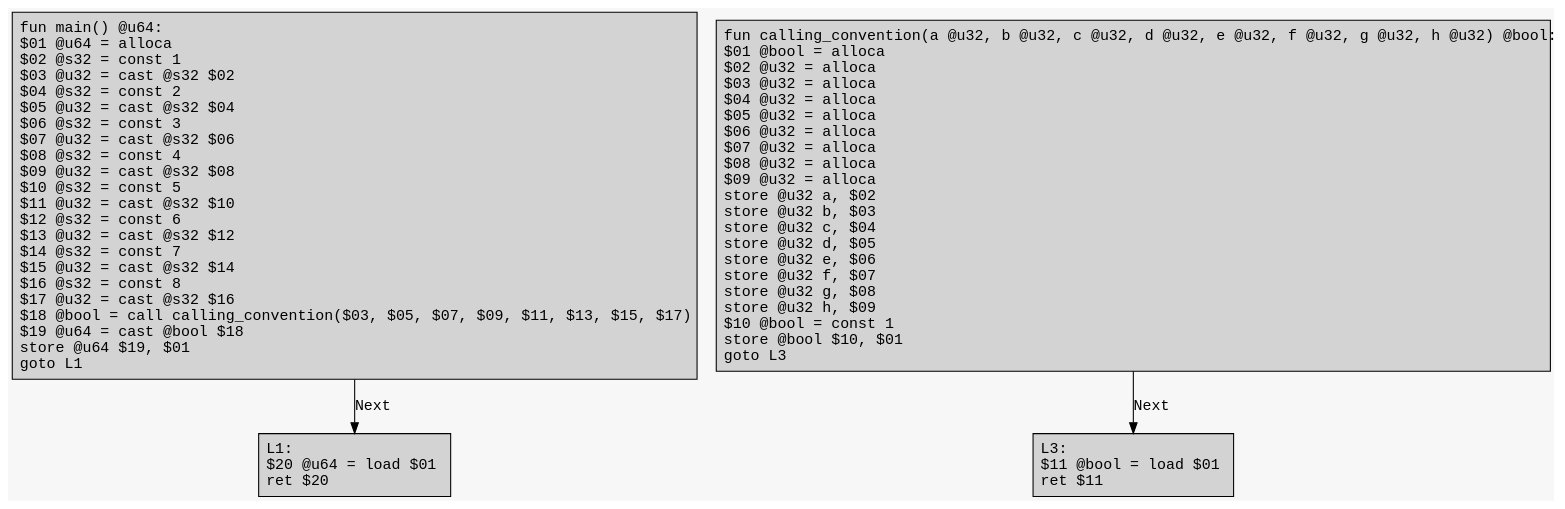
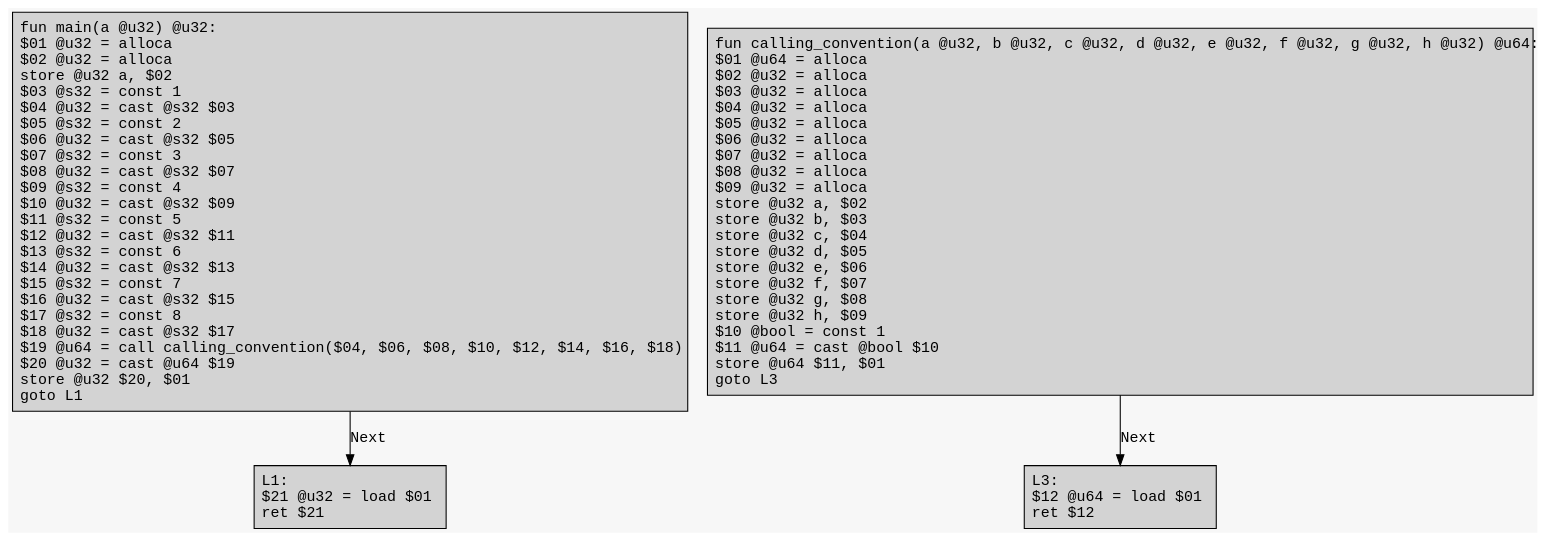
The diagram in example/cc/cc_org.dot (Excse/arkoi_language), drawn with Graphviz before and after one commit. The commit also changed 12 other files, not shown here.

Commit message:
Almost finished the calling convention

```diff
--- a/example/cc/cc_org.dot
+++ b/example/cc/cc_org.dot
@@ -1,14 +1,14 @@
 digraph CFG {
 	graph [fontname = "Monospace"];
 	node  [fontname = "Monospace", shape=box, style=filled, margin=0.1];
 	edge  [fontname = "Monospace"];
 	bgcolor = "#f7f7f7";
 	splines = false;
 
-	L0 [label="fun main() @u64:\l $01 @u64 = alloca\l $02 @s32 = const 1\l $03 @u32 = cast @s32 $02\l $04 @s32 = const 2\l $05 @u32 = cast @s32 $04\l $06 @s32 = const 3\l $07 @u32 = cast @s32 $06\l $08 @s32 = const 4\l $09 @u32 = cast @s32 $08\l $10 @s32 = const 5\l $11 @u32 = cast @s32 $10\l $12 @s32 = const 6\l $13 @u32 = cast @s32 $12\l $14 @s32 = const 7\l $15 @u32 = cast @s32 $14\l $16 @s32 = const 8\l $17 @u32 = cast @s32 $16\l $18 @bool = call calling_convention($03, $05, $07, $09, $11, $13, $15, $17)\l $19 @u64 = cast @bool $18\l store @u64 $19, $01\l goto L1\l"];
+	L0 [label="fun main(a @u32) @u32:\l $01 @u32 = alloca\l $02 @u32 = alloca\l store @u32 a, $02\l $03 @s32 = const 1\l $04 @u32 = cast @s32 $03\l $05 @s32 = const 2\l $06 @u32 = cast @s32 $05\l $07 @s32 = const 3\l $08 @u32 = cast @s32 $07\l $09 @s32 = const 4\l $10 @u32 = cast @s32 $09\l $11 @s32 = const 5\l $12 @u32 = cast @s32 $11\l $13 @s32 = const 6\l $14 @u32 = cast @s32 $13\l $15 @s32 = const 7\l $16 @u32 = cast @s32 $15\l $17 @s32 = const 8\l $18 @u32 = cast @s32 $17\l $19 @u64 = call calling_convention($04, $06, $08, $10, $12, $14, $16, $18)\l $20 @u32 = cast @u64 $19\l store @u32 $20, $01\l goto L1\l"];
 	L0 -> L1 [label="Next"];
-	L1 [label="L1:\l $20 @u64 = load $01\l ret $20\l"];
-	L2 [label="fun calling_convention(a @u32, b @u32, c @u32, d @u32, e @u32, f @u32, g @u32, h @u32) @bool:\l $01 @bool = alloca\l $02 @u32 = alloca\l $03 @u32 = alloca\l $04 @u32 = alloca\l $05 @u32 = alloca\l $06 @u32 = alloca\l $07 @u32 = alloca\l $08 @u32 = alloca\l $09 @u32 = alloca\l store @u32 a, $02\l store @u32 b, $03\l store @u32 c, $04\l store @u32 d, $05\l store @u32 e, $06\l store @u32 f, $07\l store @u32 g, $08\l store @u32 h, $09\l $10 @bool = const 1\l store @bool $10, $01\l goto L3\l"];
+	L1 [label="L1:\l $21 @u32 = load $01\l ret $21\l"];
+	L2 [label="fun calling_convention(a @u32, b @u32, c @u32, d @u32, e @u32, f @u32, g @u32, h @u32) @u64:\l $01 @u64 = alloca\l $02 @u32 = alloca\l $03 @u32 = alloca\l $04 @u32 = alloca\l $05 @u32 = alloca\l $06 @u32 = alloca\l $07 @u32 = alloca\l $08 @u32 = alloca\l $09 @u32 = alloca\l store @u32 a, $02\l store @u32 b, $03\l store @u32 c, $04\l store @u32 d, $05\l store @u32 e, $06\l store @u32 f, $07\l store @u32 g, $08\l store @u32 h, $09\l $10 @bool = const 1\l $11 @u64 = cast @bool $10\l store @u64 $11, $01\l goto L3\l"];
 	L2 -> L3 [label="Next"];
-	L3 [label="L3:\l $11 @bool = load $01\l ret $11\l"];
+	L3 [label="L3:\l $12 @u64 = load $01\l ret $12\l"];
 }
```
